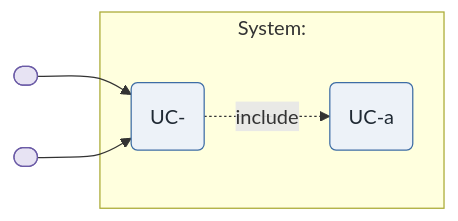
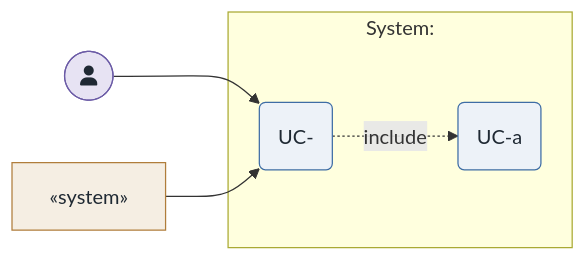
One commit to rtym/sei-architecture-methodology changed the second of 2 diagrams in templates/use-case.md. Above: the diagram before and after it, drawn with Mermaid. The commit also changed other lines of this file and 40 other files, not shown here.

````diff
--- a/templates/use-case.md
+++ b/templates/use-case.md
@@ -65,17 +65,19 @@
 ```mermaid
 flowchart LR
   %% Use case diagram — UC-<n> <name>
-  actor1(["<Primary actor>"])
-  supp(["<Supporting actor / system>"])
+  actor1(["fa:fa-user <Primary actor>"])
+  supp["&laquo;system&raquo;<br/><Supporting actor / system>"]
   subgraph sys["System: <name>"]
     uc("UC-<n> <name>")
     sub("UC-<n>a <included sub-use-case>")
   end
   actor1 --> uc
   supp --> uc
   uc -. include .-> sub
   classDef source   fill:#E7E3F3,stroke:#6B5BA6,color:#1F2933;
+  classDef external fill:#F5EEE3,stroke:#B07D3B,color:#1F2933;
   classDef artifact fill:#EDF2F8,stroke:#3E6DA5,color:#1F2933;
-  class actor1,supp source
+  class actor1 source
+  class supp external
   class uc,sub artifact
 ```
````
